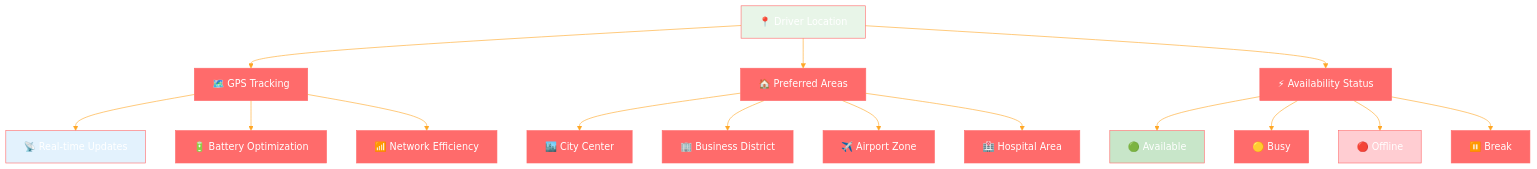
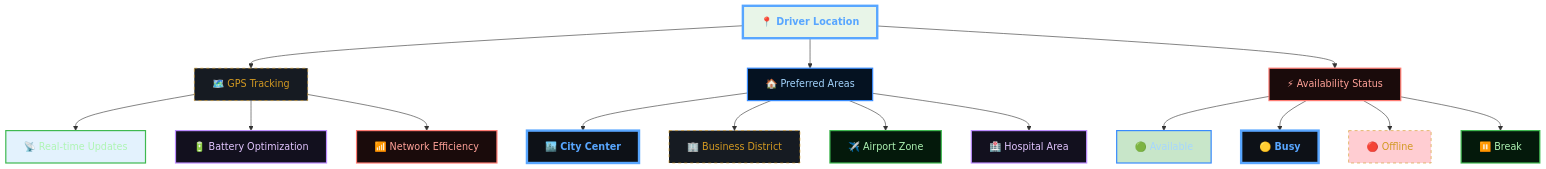
Before and after one commit to abdoElHodaky/transportapp: the sixth of 20 diagrams in docs/user-journeys/driver-flow.md, drawn with Mermaid. The commit also changed other lines of this file and 9 other files, not shown here.

````diff
--- a/docs/user-journeys/driver-flow.md
+++ b/docs/user-journeys/driver-flow.md
@@ -212,26 +371,61 @@
 ```mermaid
-%%{init: {'theme':'base', 'themeVariables': {'primaryColor':'#ff6b6b','primaryTextColor':'#fff','primaryBorderColor':'#ff6b6b','lineColor':'#ffa726','sectionBkgColor':'#ff6b6b','altSectionBkgColor':'#fff','gridColor':'#fff','secondaryColor':'#006100','tertiaryColor':'#fff'}}}%%
 graph TB
     A[📍 Driver Location] --> B[🗺️ GPS Tracking]
     A --> C[🏠 Preferred Areas]
     A --> D[⚡ Availability Status]
     
     B --> B1[📡 Real-time Updates]
     B --> B2[🔋 Battery Optimization]
     B --> B3[📶 Network Efficiency]
     
     C --> C1[🏙️ City Center]
     C --> C2[🏢 Business District]
     C --> C3[✈️ Airport Zone]
     C --> C4[🏥 Hospital Area]
     
     D --> D1[🟢 Available]
     D --> D2[🟡 Busy]
     D --> D3[🔴 Offline]
     D --> D4[⏸️ Break]
     
     style A fill:#e8f5e8
     style B1 fill:#e3f2fd
     style D1 fill:#c8e6c9
     style D3 fill:#ffcdd2
+
+    %% --- DARK GRADIENT & GLOW STYLING ---
+    
+    %% Main Dashboard (Neon Cyan/Blue)
+    classDef main fill:#0d1117,stroke:#58a6ff,stroke-width:4px,color:#58a6ff,font-weight:bold;
+    
+    %% Decision Diamond (Gold Glow)
+    classDef decision fill:#161b22,stroke:#d29922,color:#d29922,stroke-dasharray: 5 5;
+    
+    %% Revenue (Emerald Gradient Style)
+    classDef revNode fill:#04190b,stroke:#3fb950,color:#aff5b4,stroke-width:2px;
+    
+    %% Commission (Purple Gradient Style)
+    classDef commNode fill:#12101e,stroke:#bc8cff,color:#e2c5ff,stroke-width:2px;
+    
+    %% Refund (Ruby Gradient Style)
+    classDef refNode fill:#1a0b0b,stroke:#ff7b72,color:#ffa198,stroke-width:2px;
+    
+    %% Earnings (Sapphire Gradient Style)
+    classDef earnNode fill:#051221,stroke:#388bfd,color:#a5d6ff,stroke-width:2px;
+
+    class A main;
+    class B decision;
+    class B1 revNode;
+    class B2 commNode;
+    class B3 refNode;
+    class C earnNode;
+    class C1 main;
+    class C2 decision;
+    class C3 revNode;
+    class C4 commNode;
+    class D refNode;
+    class D1 earnNode;
+    class D2 main;
+    class D3 decision;
+    class D4 revNode;
 ```
````
